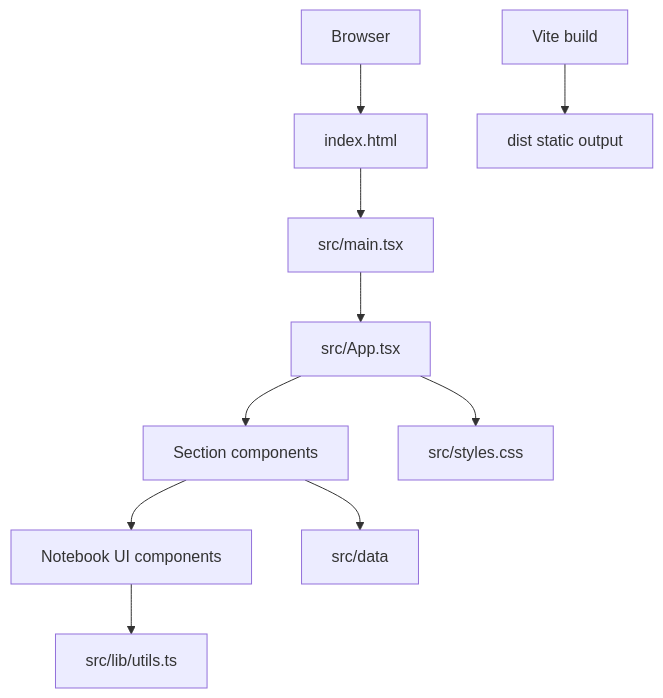
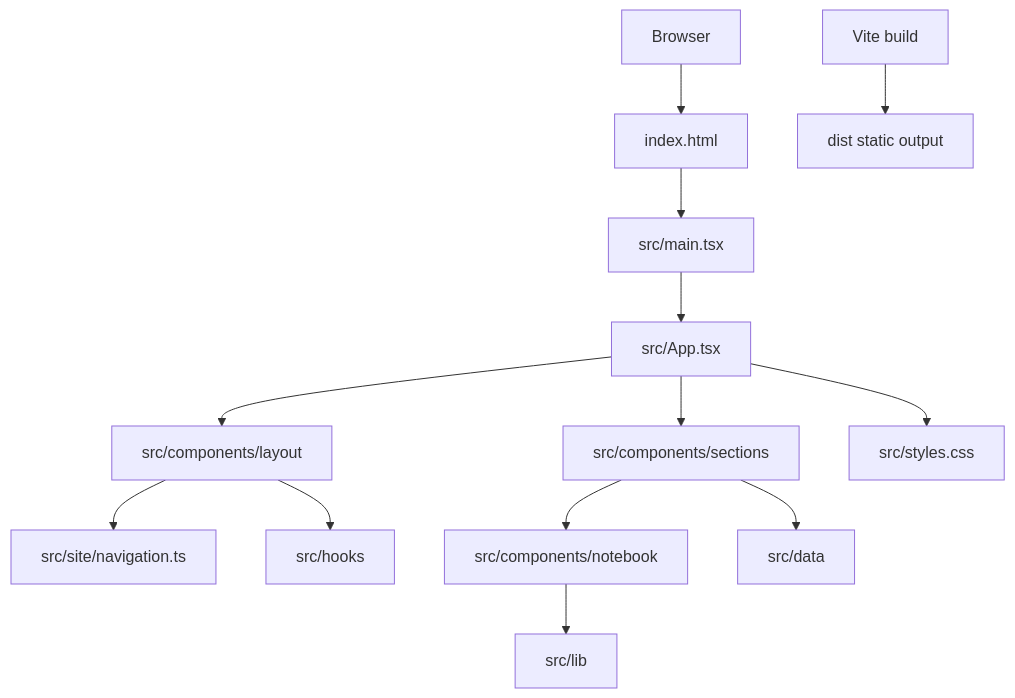
Before and after one commit to parthmital/Portfolio: the diagram in README.md, drawn with Mermaid. The commit also changed other lines of this file and 35 other files, not shown here.

````diff
--- a/README.md
+++ b/README.md
@@ -137,12 +125,15 @@
 ```mermaid
 flowchart TD
     Browser[Browser] --> HTML[index.html]
     HTML --> ReactEntry[src/main.tsx]
     ReactEntry --> App[src/App.tsx]
-    App --> Sections[Section components]
-    Sections --> Notebook[Notebook UI components]
+    App --> Layout[src/components/layout]
+    App --> Sections[src/components/sections]
+    Layout --> Site[src/site/navigation.ts]
+    Layout --> Hooks[src/hooks]
+    Sections --> Notebook[src/components/notebook]
     Sections --> Data[src/data]
-    Notebook --> Utils[src/lib/utils.ts]
+    Notebook --> Lib[src/lib]
     App --> Styles[src/styles.css]
     Vite[Vite build] --> Dist[dist static output]
 ```
````
